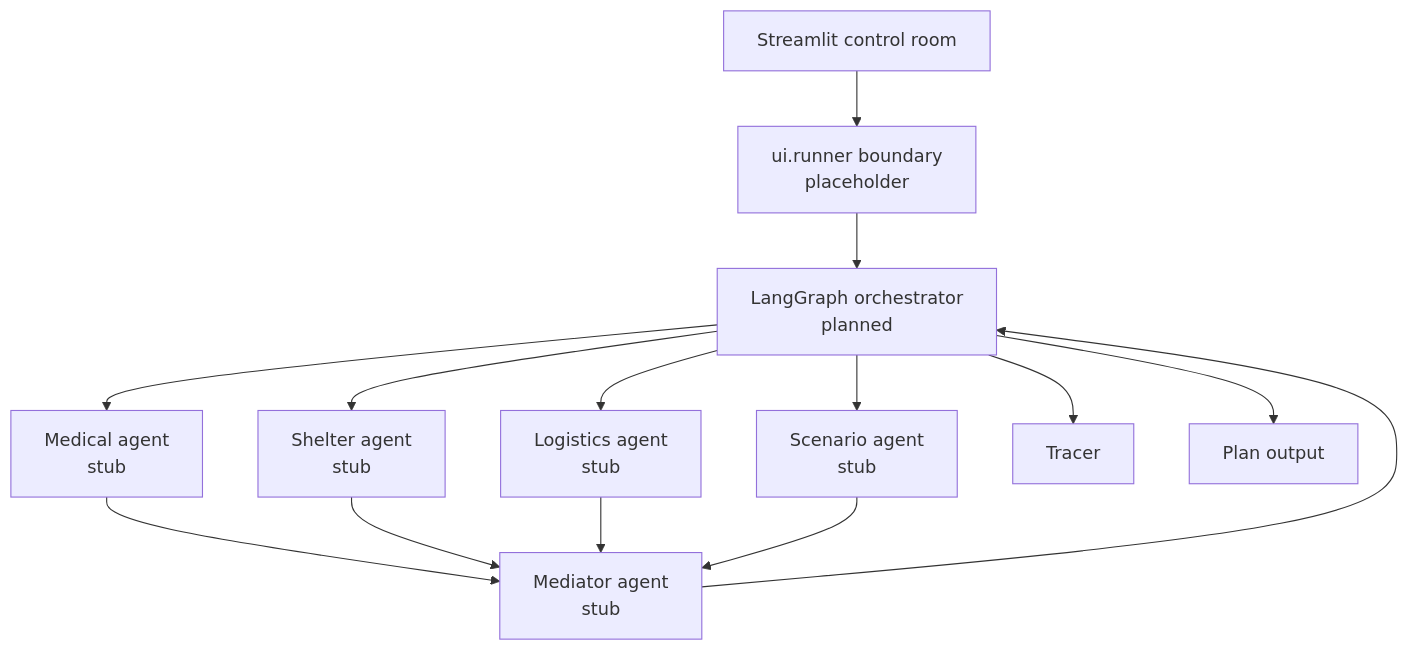
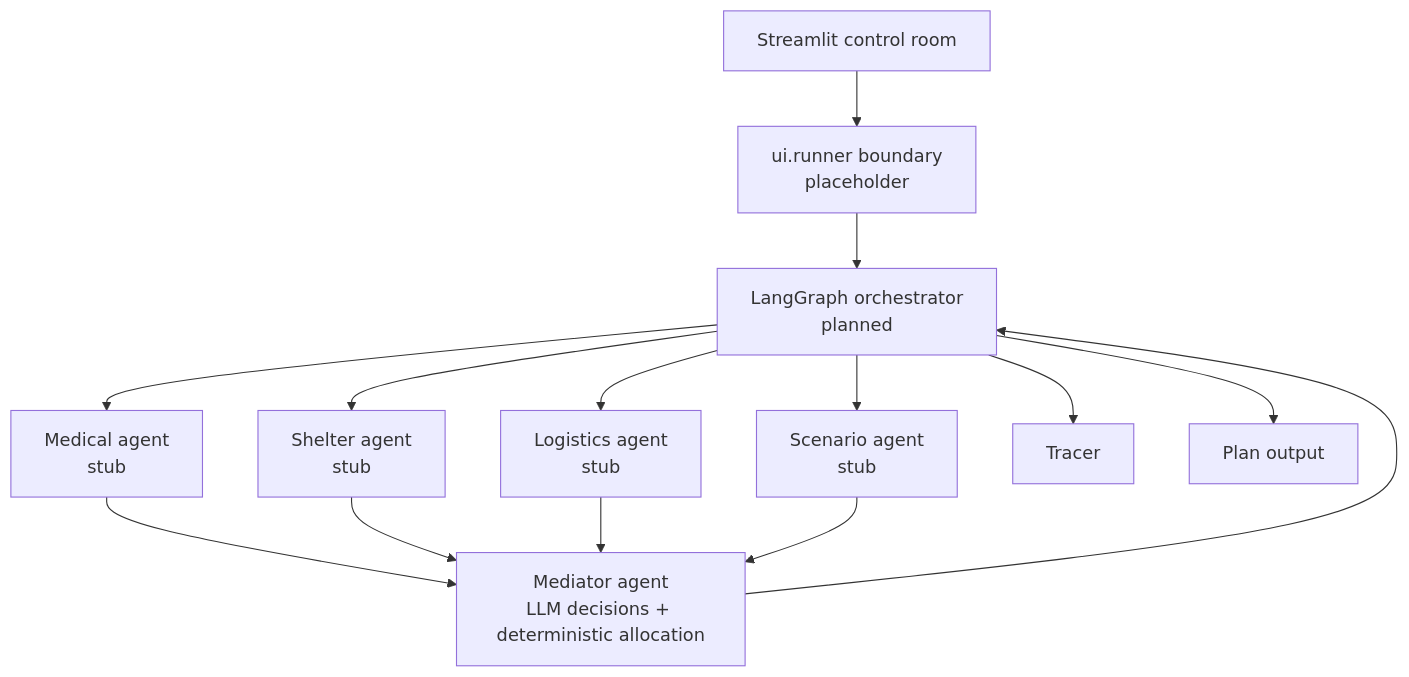
The diagram in docs/DESIGN.md (Sreenair-1/Disaster_Relief_Resource_Negotiator), drawn with Mermaid before and after one commit. The commit also changed other lines of this file and 3 other files, not shown here.

Commit message:
Implement state-aware mediator and safe allocation

````diff
--- a/docs/DESIGN.md
+++ b/docs/DESIGN.md
@@ -5,16 +5,16 @@
 ```mermaid
 flowchart TD
   UI[Streamlit control room] --> R[ui.runner boundary<br/>placeholder]
   R --> G[LangGraph orchestrator<br/>planned]
   G --> S[Scenario agent<br/>stub]
   G --> M[Medical agent<br/>stub]
   G --> H[Shelter agent<br/>stub]
   G --> L[Logistics agent<br/>stub]
-  M --> X[Mediator agent<br/>stub]
+  M --> X[Mediator agent<br/>LLM decisions + deterministic allocation]
   H --> X
   L --> X
   S --> X
   X --> G
   G --> T[Tracer]
   G --> O[Plan output]
 ```
````
